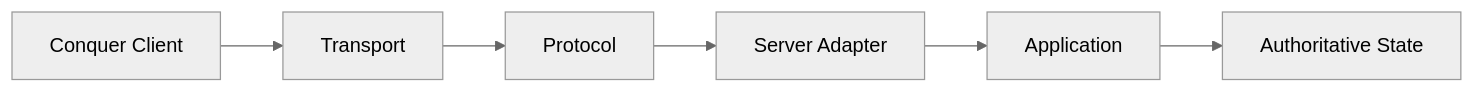
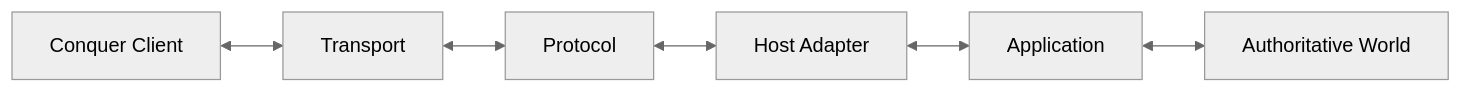
Before and after one commit to berniemackie97/OpenConquerServer: the second of 3 diagrams in docs/architecture/README.md, drawn with Mermaid (neutral theme). The commit also changed other lines of this file and 23 other files, not shown here.

````diff
--- a/docs/architecture/README.md
+++ b/docs/architecture/README.md
@@ -96,15 +217,15 @@
 ```mermaid
 flowchart LR
     Client["Conquer Client"]
     Transport["Transport"]
     Protocol["Protocol"]
-    Host["Server Adapter"]
+    Host["Host Adapter"]
     Application["Application"]
-    Domain["Authoritative State"]
+    World["Authoritative World"]
 
-    Client --> Transport
-    Transport --> Protocol
-    Protocol --> Host
-    Host --> Application
-    Application --> Domain
+    Client <--> Transport
+    Transport <--> Protocol
+    Protocol <--> Host
+    Host <--> Application
+    Application <--> World
 ```
````
